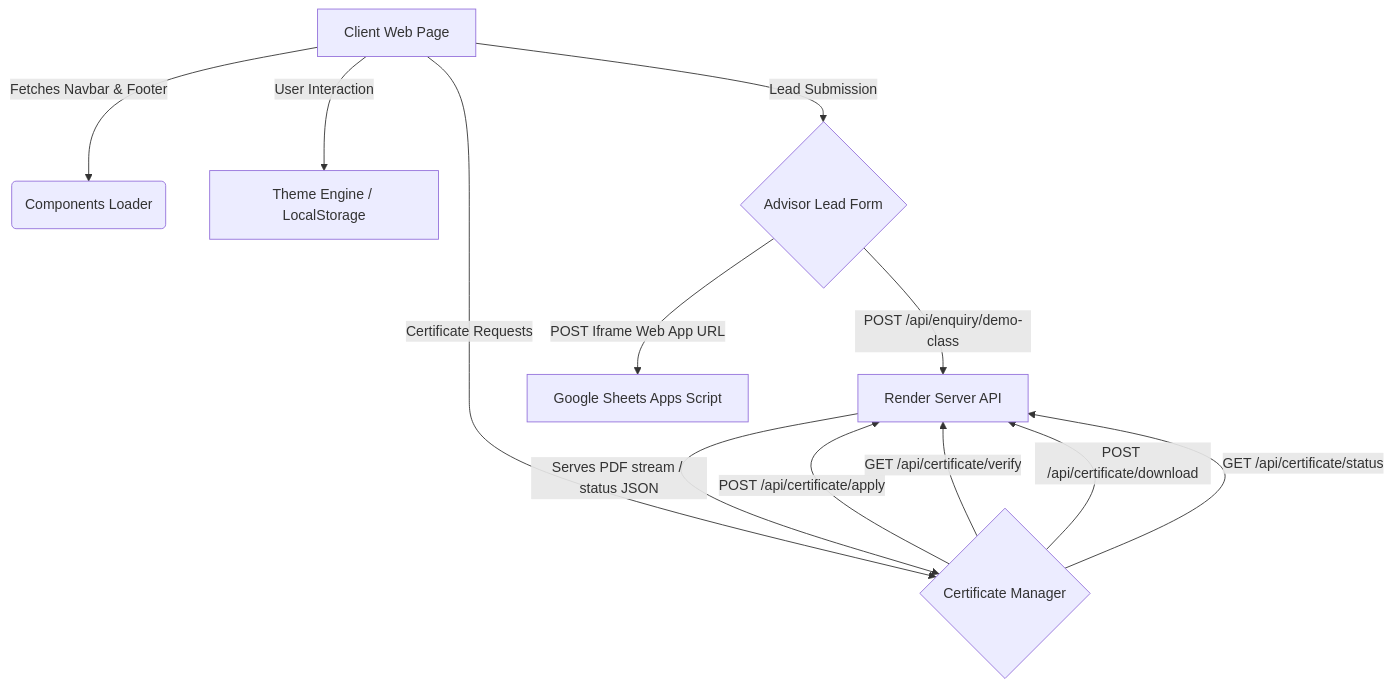
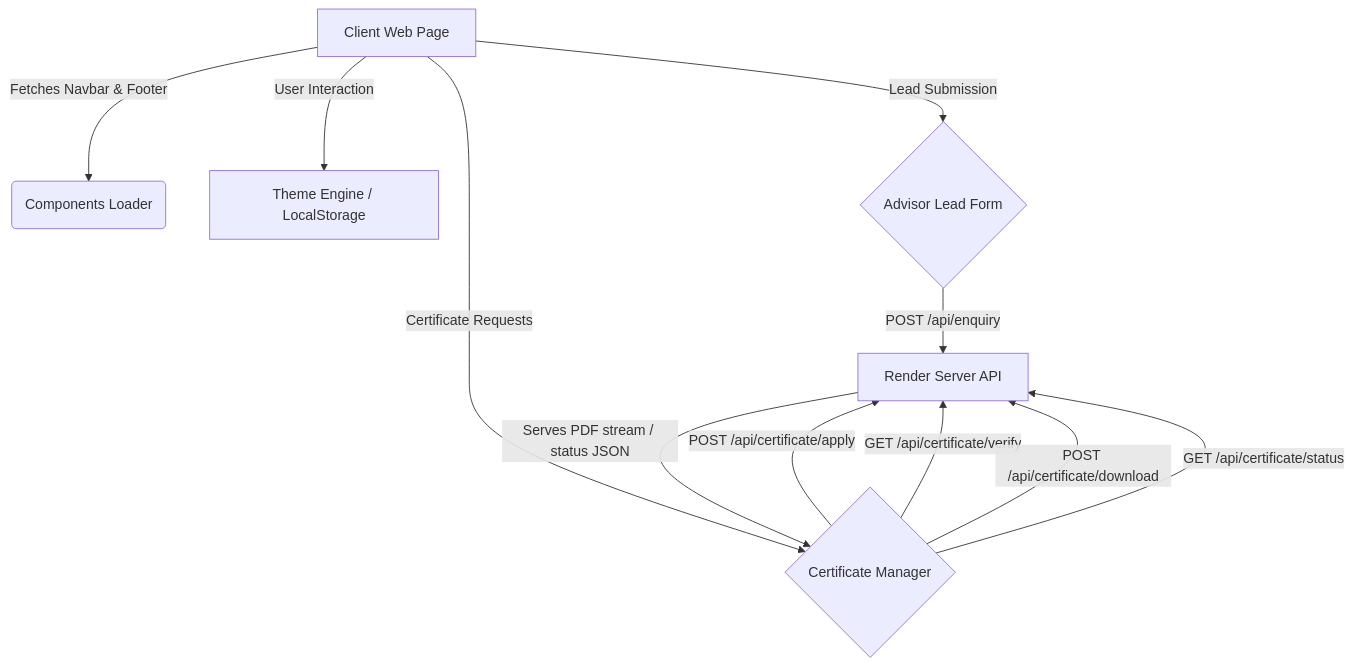
One commit to Sudhirkr85/test changed the diagram in README.md. Above: the diagram before and after it, drawn with Mermaid. The commit also changed other lines of this file and 6 other files, not shown here.

Commit message:
fix: migrate all enquiry forms to /api/enquiry — remove demoType payload, migrate About page from Google Apps Script to Express API, update README docs and architecture diagram

````diff
--- a/README.md
+++ b/README.md
@@ -222,15 +219,14 @@
 ```mermaid
 graph TD
   A[Client Web Page] -->|Fetches Navbar & Footer| B(Components Loader)
   A -->|User Interaction| C[Theme Engine / LocalStorage]
   A -->|Lead Submission| D{Advisor Lead Form}
-  D -->|POST /api/enquiry/demo-class| E[Render Server API]
-  D -->|POST Iframe Web App URL| F[Google Sheets Apps Script]
+  D -->|POST /api/enquiry| E[Render Server API]
   
   A -->|Certificate Requests| G{Certificate Manager}
   G -->|POST /api/certificate/apply| E
   G -->|GET /api/certificate/verify| E
   G -->|POST /api/certificate/download| E
   G -->|GET /api/certificate/status| E
   E -->|Serves PDF stream / status JSON| G
 ```
````
